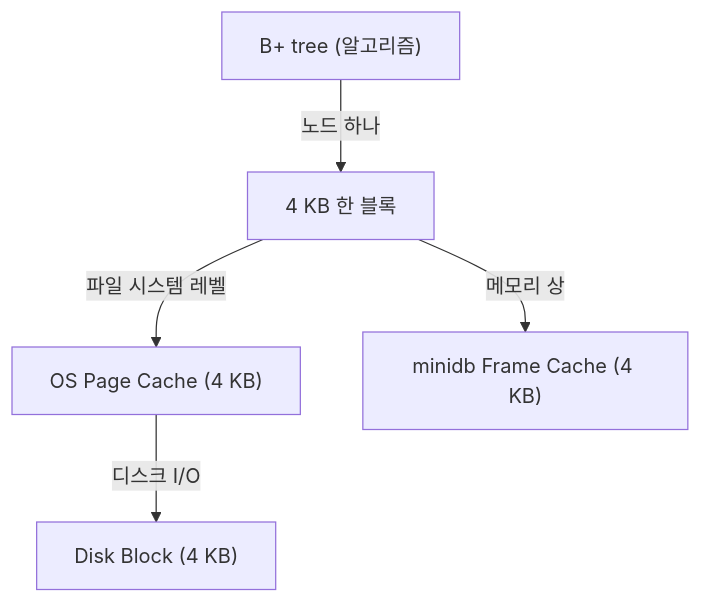
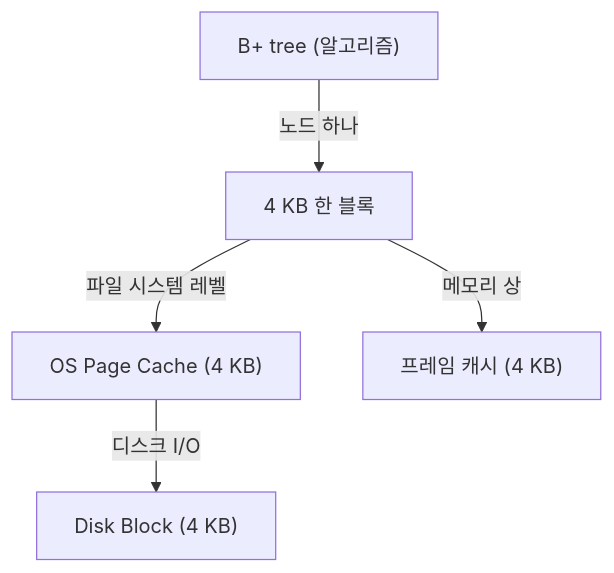
One commit to Jungle-12-303/wk07_6 changed the diagram in docs/blog/applications/01-db-page-equals-os-page-equals-bplus-node.md. Above: the diagram before and after it, drawn with Mermaid. The commit also changed other lines of this file and 27 other files, not shown here.

````diff
--- a/docs/blog/applications/01-db-page-equals-os-page-equals-bplus-node.md
+++ b/docs/blog/applications/01-db-page-equals-os-page-equals-bplus-node.md
@@ -48,7 +50,7 @@
 ```mermaid
 flowchart TB
     SW["B+ tree (알고리즘)"] -->|노드 하나| UNIT[4 KB 한 블록]
     UNIT -->|파일 시스템 레벨| OS["OS Page Cache (4 KB)"]
     OS -->|디스크 I/O| DISK["Disk Block (4 KB)"]
-    UNIT -->|메모리 상| FRAME["minidb Frame Cache (4 KB)"]
+    UNIT -->|메모리 상| FRAME["프레임 캐시 (4 KB)"]
 ```
````
